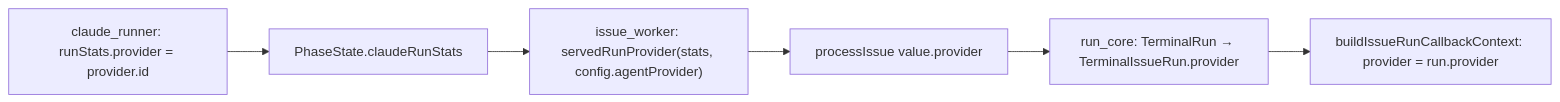
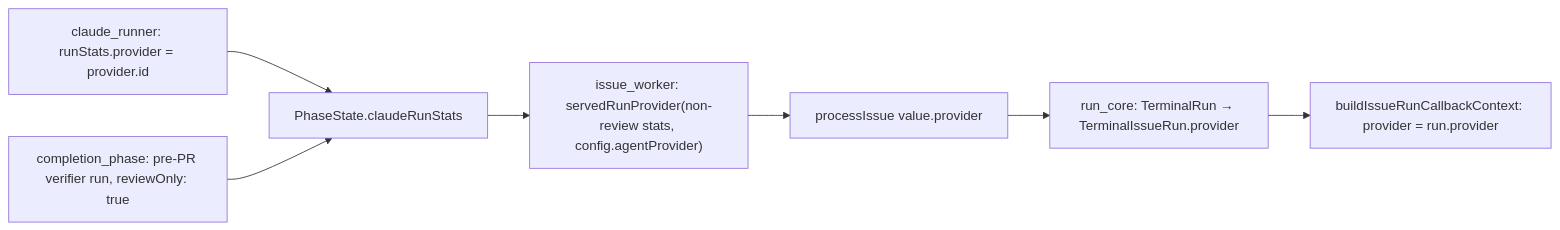
The diagram in docs/archive/pr-summaries/pr-summary-5163.md (stSoftwareAU/VibeCoder), drawn with Mermaid before and after one commit. The commit also changed other lines of this file and 7 other files, not shown here.

First line of the commit message:
Leave the review-only pre-PR verifier out of the served provider (#5163)

````diff
--- a/docs/archive/pr-summaries/pr-summary-5163.md
+++ b/docs/archive/pr-summaries/pr-summary-5163.md
@@ -60,8 +71,9 @@
 ```mermaid
 flowchart LR
     R["claude_runner: runStats.provider = provider.id"] --> S["PhaseState.claudeRunStats"]
-    S --> W["issue_worker: servedRunProvider(stats, config.agentProvider)"]
+    V["completion_phase: pre-PR verifier run, reviewOnly: true"] --> S
+    S --> W["issue_worker: servedRunProvider(non-review stats, config.agentProvider)"]
     W --> P["processIssue value.provider"]
     P --> T["run_core: TerminalRun → TerminalIssueRun.provider"]
     T --> C["buildIssueRunCallbackContext: provider = run.provider"]
 ```
````
